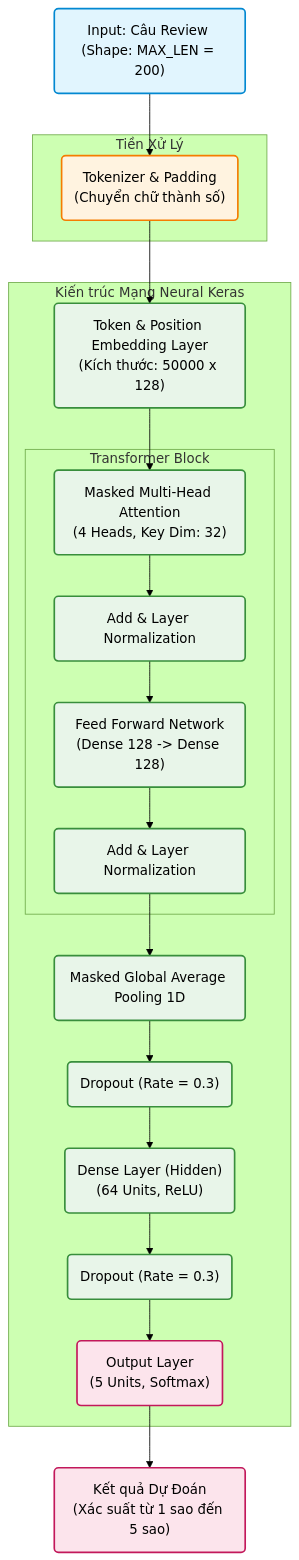
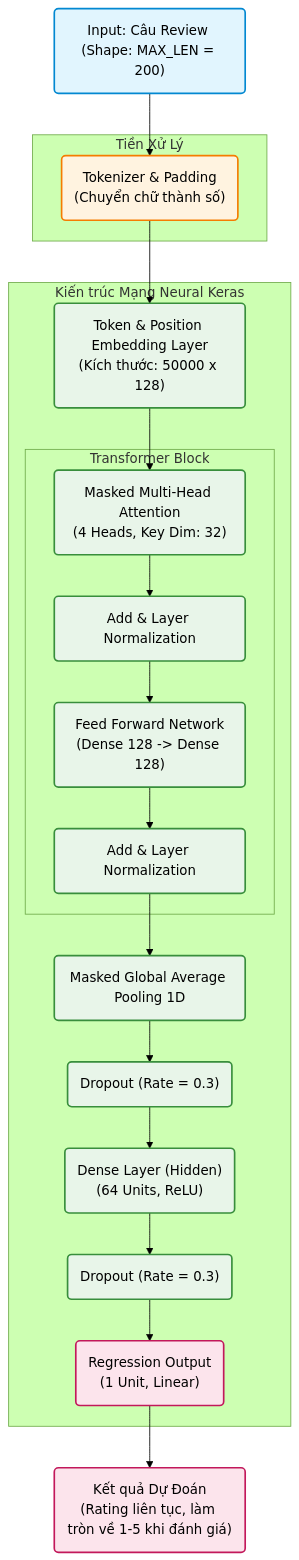
Before and after one commit to nguyenphongg233/BiLSTMnAttention-For-Sentiment-Analysis: the diagram in Transformer/Transformer_Architecture.md, drawn with Mermaid (forest theme). The commit also changed other lines of this file and 9 other files, not shown here.

Commit message:
weighted MSE to handle dataset imbalance and add more detailed graphs

````diff
--- a/Transformer/Transformer_Architecture.md
+++ b/Transformer/Transformer_Architecture.md
@@ -5,56 +5,56 @@
 ```mermaid
 graph TD
     %% Định nghĩa các Style để biểu đồ đẹp hơn
     classDef input fill:#e1f5fe,stroke:#0288d1,stroke-width:2px,color:#000
     classDef processing fill:#fff3e0,stroke:#f57c00,stroke-width:2px,color:#000
     classDef core fill:#e8f5e9,stroke:#388e3c,stroke-width:2px,color:#000
     classDef output fill:#fce4ec,stroke:#c2185b,stroke-width:2px,color:#000
 
     %% Các khối chính
     A("Input: Câu Review <br>(Shape: MAX_LEN = 200)")
     
     subgraph tien_xu_ly [Tiền Xử Lý]
         B("Tokenizer & Padding<br>(Chuyển chữ thành số)")
     end
     
     subgraph neural_network [Kiến trúc Mạng Neural Keras]
         C("Token & Position Embedding Layer<br>(Kích thước: 50000 x 128)")
         
         subgraph transformer_block [Transformer Block]
             D("Masked Multi-Head Attention<br>(4 Heads, Key Dim: 32)")
             E("Add & Layer Normalization")
             F("Feed Forward Network<br>(Dense 128 -> Dense 128)")
             G("Add & Layer Normalization")
         end
         
         H("Masked Global Average Pooling 1D")
         Drop1("Dropout (Rate = 0.3)")
         
         I("Dense Layer (Hidden)<br>(64 Units, ReLU)")
         Drop2("Dropout (Rate = 0.3)")
         
-        J("Output Layer<br>(5 Units, Softmax)")
+        J("Regression Output<br>(1 Unit, Linear)")
     end
     
-    K("Kết quả Dự Đoán<br>(Xác suất từ 1 sao đến 5 sao)")
+    K("Kết quả Dự Đoán<br>(Rating liên tục, làm tròn về 1-5 khi đánh giá)")
 
     %% Luồng dữ liệu
     A --> B
     B --> C
     C --> D
     D --> E
     E --> F
     F --> G
     G --> H
     H --> Drop1
     Drop1 --> I
     I --> Drop2
     Drop2 --> J
     J --> K
 
     %% Gán Style
     class A input
     class B processing
     class C,D,E,F,G,H,Drop1,I,Drop2 core
     class J,K output
 ```
````
